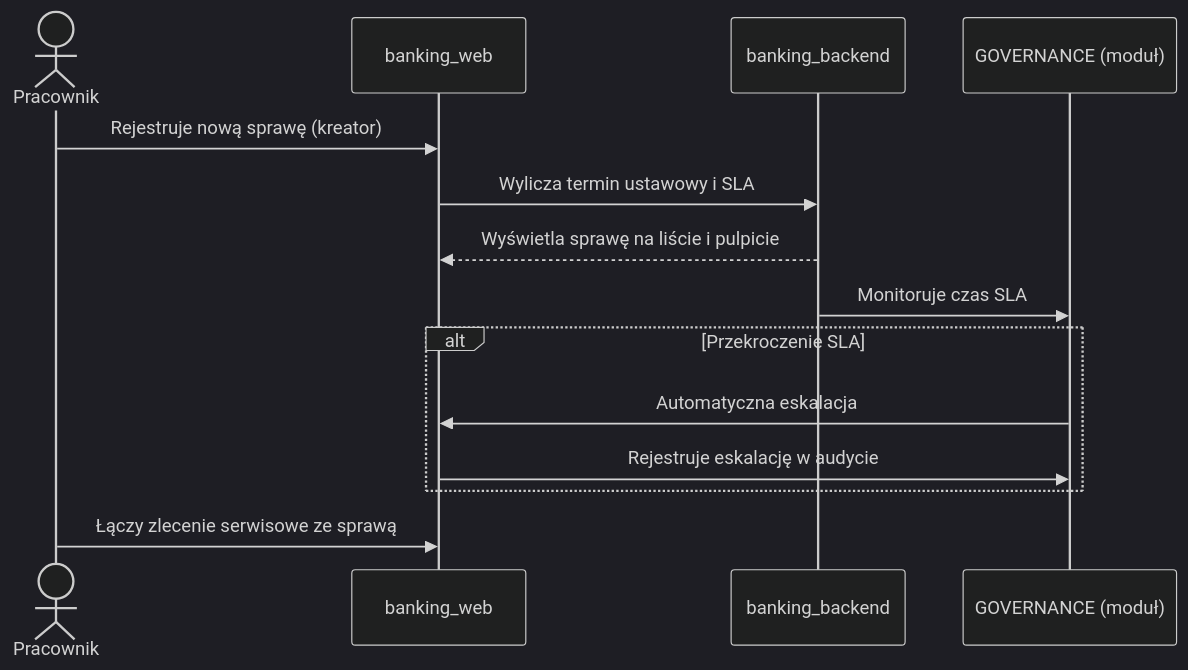
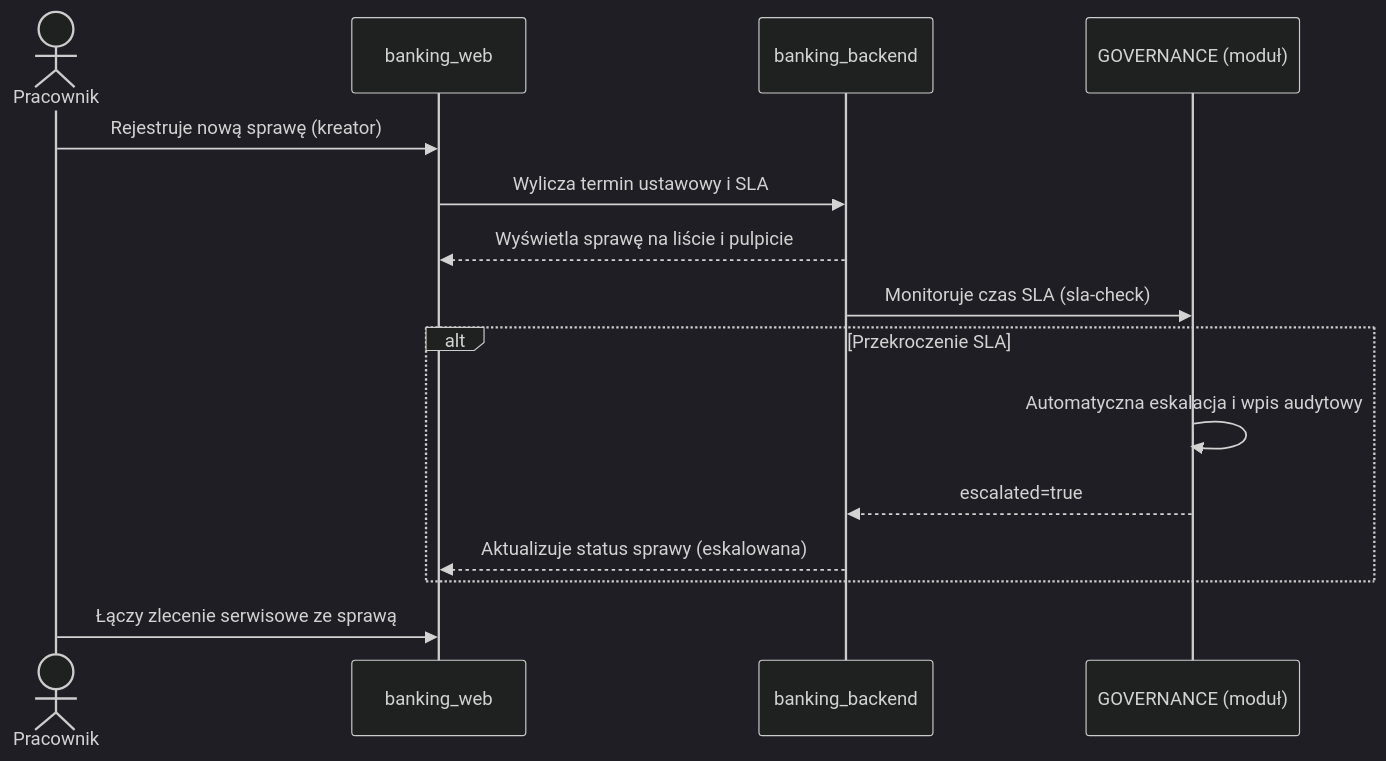
The eighth of 8 diagrams in docs/banking_web_functions(concise).md (RobertNeat/Enterprise_Banking_Platform), drawn with Mermaid (dark theme) before and after one commit. The commit also changed other lines of this file and 106 other files, not shown here.

````diff
--- a/docs/banking_web_functions(concise).md
+++ b/docs/banking_web_functions(concise).md
@@ -448,17 +467,18 @@
 ```mermaid
 sequenceDiagram
     actor Pracownik
     participant WEB as banking_web
     participant BB as banking_backend
     participant GOV as GOVERNANCE (moduł)
 
     Pracownik->>WEB: Rejestruje nową sprawę (kreator)
     WEB->>BB: Wylicza termin ustawowy i SLA
     BB-->>WEB: Wyświetla sprawę na liście i pulpicie
-    BB->>GOV: Monitoruje czas SLA
+    BB->>GOV: Monitoruje czas SLA (sla-check)
     alt Przekroczenie SLA
-        GOV->>WEB: Automatyczna eskalacja
-        WEB->>GOV: Rejestruje eskalację w audycie
+        GOV->>GOV: Automatyczna eskalacja i wpis audytowy
+        GOV-->>BB: escalated=true
+        BB-->>WEB: Aktualizuje status sprawy (eskalowana)
     end
     Pracownik->>WEB: Łączy zlecenie serwisowe ze sprawą
 ```
````
